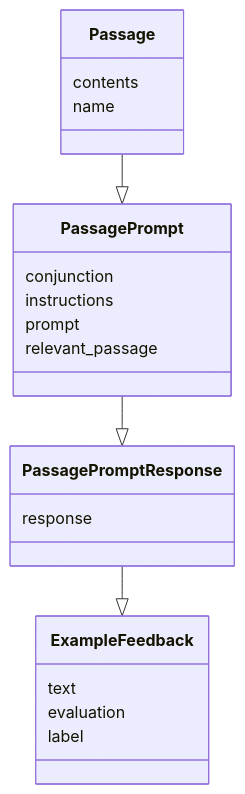
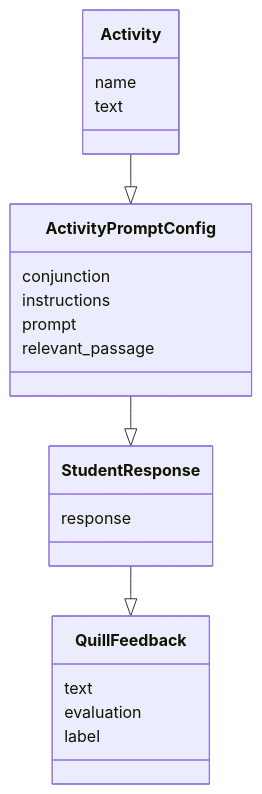
Before and after one commit to empirical-org/Empirical-Core: the first of 3 diagrams in services/QuillLMS/engines/evidence/app/models/evidence/research/readme.md, drawn with Mermaid. The commit also changed other lines of this file and 94 other files, not shown here.

First line of the commit message:
Rename Evidence::Research::GenAI::Passage to Activity (#11890)

````diff
--- a/services/QuillLMS/engines/evidence/app/models/evidence/research/readme.md
+++ b/services/QuillLMS/engines/evidence/app/models/evidence/research/readme.md
@@ -5,24 +5,24 @@
 ```mermaid
 classDiagram
-    class Passage {
-         contents
+    class Activity {
          name
+         text
     }
-    class PassagePrompt {
+    class ActivityPromptConfig {
          conjunction
          instructions
          prompt
          relevant_passage
     }
-    class PassagePromptResponse {
+    class StudentResponse {
          response
     }
-    class ExampleFeedback {
+    class QuillFeedback {
          text
          evaluation
          label
     }
-    Passage --|> PassagePrompt
-    PassagePrompt --|> PassagePromptResponse
-    PassagePromptResponse --|> ExampleFeedback
+    Activity --|> ActivityPromptConfig
+    ActivityPromptConfig --|> StudentResponse
+    StudentResponse --|> QuillFeedback
 ```
````
